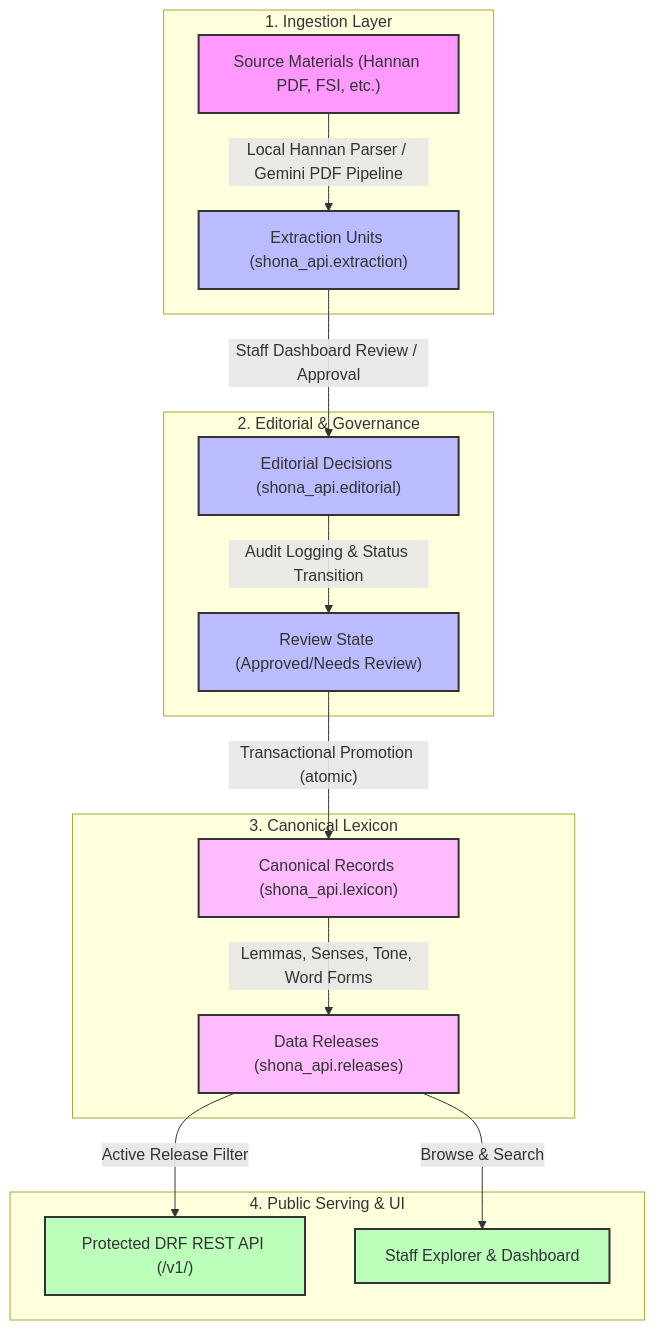
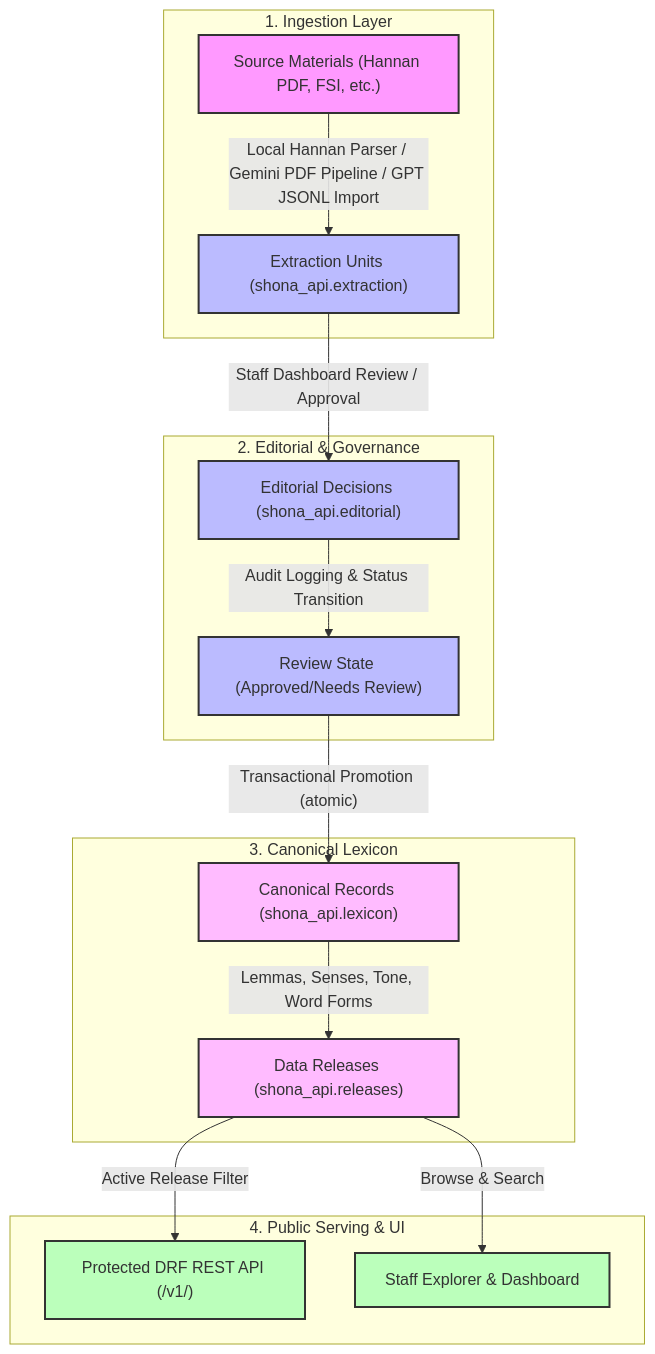
Before and after one commit to rtjhussein/shona-api: the diagram in README.md, drawn with Mermaid. The commit also changed other lines of this file, not shown here.

Commit message:
docs: update README for GPT JSONL ingestion

````diff
--- a/README.md
+++ b/README.md
@@ -39,32 +40,32 @@
 ```mermaid
 flowchart TD
     %% Styling
     classDef source fill:#f9f,stroke:#333,stroke-width:2px;
     classDef process fill:#bbf,stroke:#333,stroke-width:2px;
     classDef db fill:#fbf,stroke:#333,stroke-width:2px;
     classDef public fill:#bfb,stroke:#333,stroke-width:2px;
 
     subgraph Ingestion ["1. Ingestion Layer"]
-        S1["Source Materials (Hannan PDF, FSI, etc.)"] --> |"Local Hannan Parser / Gemini PDF Pipeline"| EU["Extraction Units (shona_api.extraction)"]
+        S1["Source Materials (Hannan PDF, FSI, etc.)"] --> |"Local Hannan Parser / Gemini PDF Pipeline / GPT JSONL Import"| EU["Extraction Units (shona_api.extraction)"]
     end
     
     subgraph Editorial ["2. Editorial & Governance"]
         EU --> |"Staff Dashboard Review / Approval"| ED["Editorial Decisions (shona_api.editorial)"]
         ED --> |"Audit Logging & Status Transition"| RS["Review State (Approved/Needs Review)"]
     end
     
     subgraph Lexicon ["3. Canonical Lexicon"]
         RS --> |"Transactional Promotion (atomic)"| CR["Canonical Records (shona_api.lexicon)"]
         CR --> |"Lemmas, Senses, Tone, Word Forms"| DR["Data Releases (shona_api.releases)"]
     end
     
     subgraph Serving ["4. Public Serving & UI"]
         DR --> |"Active Release Filter"| API["Protected DRF REST API (/v1/)"]
         DR --> |"Browse & Search"| WEB["Staff Explorer & Dashboard"]
     end
 
     class S1 source;
     class EU,ED,RS process;
     class CR,DR db;
     class API,WEB public;
 ```
````
